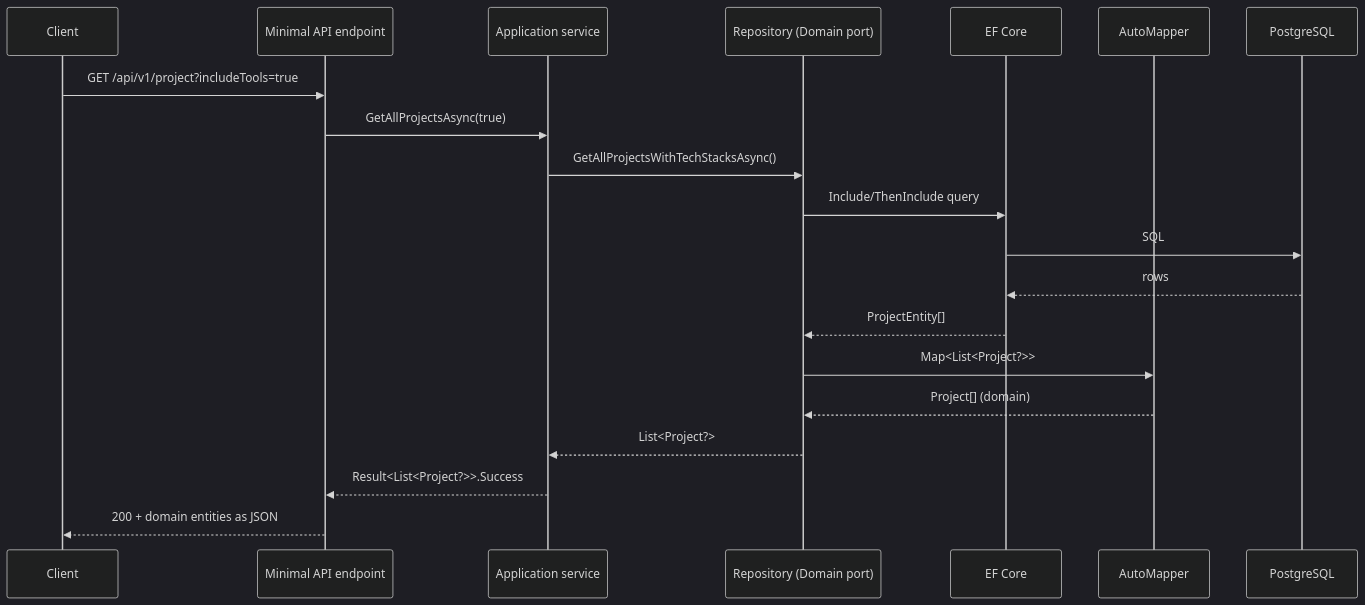
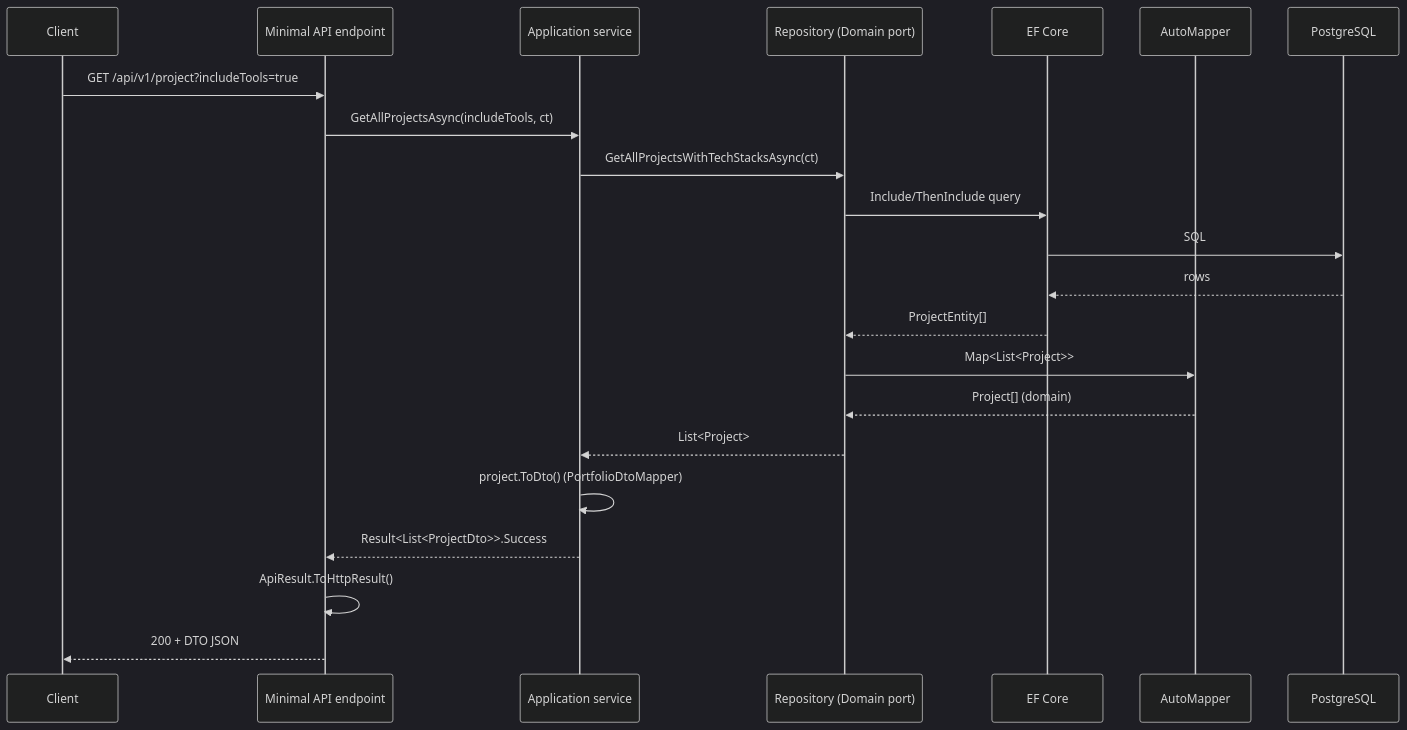
The third of 3 diagrams in .github/docs/architecture.md (jobearry/jg-core-backend), drawn with Mermaid (dark theme) before and after one commit. The commit also changed other lines of this file and 10 other files, not shown here.

````diff
--- a/.github/docs/architecture.md
+++ b/.github/docs/architecture.md
@@ -97,23 +98,25 @@
 ```mermaid
 sequenceDiagram
     participant C as Client
     participant EP as Minimal API endpoint
     participant S as Application service
     participant R as Repository (Domain port)
     participant EF as EF Core
     participant M as AutoMapper
     participant DB as PostgreSQL
 
     C->>EP: GET /api/v1/project?includeTools=true
-    EP->>S: GetAllProjectsAsync(true)
-    S->>R: GetAllProjectsWithTechStacksAsync()
+    EP->>S: GetAllProjectsAsync(includeTools, ct)
+    S->>R: GetAllProjectsWithTechStacksAsync(ct)
     R->>EF: Include/ThenInclude query
     EF->>DB: SQL
     DB-->>EF: rows
     EF-->>R: ProjectEntity[]
-    R->>M: Map<List<Project?>>
+    R->>M: Map<List<Project>>
     M-->>R: Project[] (domain)
-    R-->>S: List<Project?>
-    S-->>EP: Result<List<Project?>>.Success
-    EP-->>C: 200 + domain entities as JSON
+    R-->>S: List<Project>
+    S->>S: project.ToDto()  (PortfolioDtoMapper)
+    S-->>EP: Result<List<ProjectDto>>.Success
+    EP->>EP: ApiResult.ToHttpResult()
+    EP-->>C: 200 + DTO JSON
 ```
````
